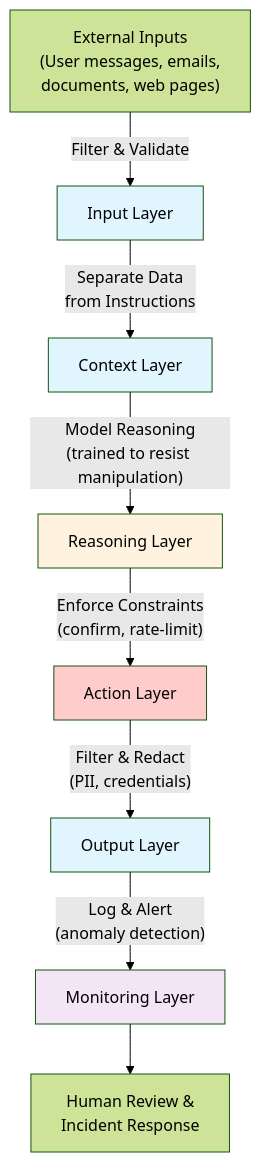
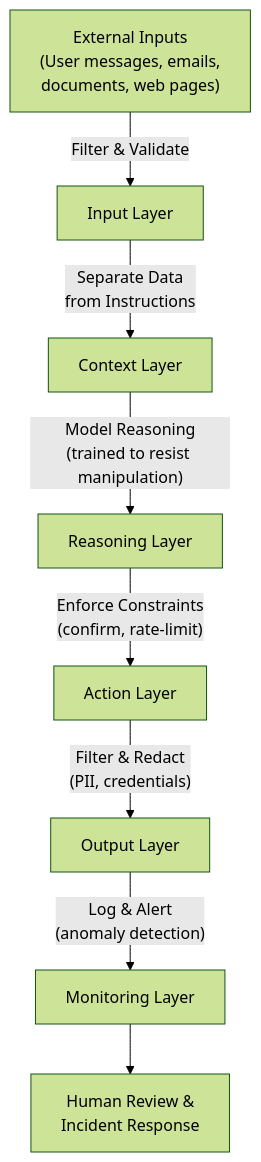
Diagram 17 of 21 in building-effective-agents.md (machinedge/building-effective-agents), drawn with Mermaid (forest theme) before and after one commit. The commit also changed other lines of this file, not shown here.

Commit message:
removed fill colors in mermaid diagrams

````diff
--- a/building-effective-agents.md
+++ b/building-effective-agents.md
@@ -1332,17 +1286,10 @@
 ```mermaid
 graph TD
     A["External Inputs<br/>(User messages, emails,<br/>documents, web pages)"] -->|"Filter & Validate"| B["Input Layer"]
     B -->|"Separate Data<br/>from Instructions"| C["Context Layer"]
     C -->|"Model Reasoning<br/>(trained to resist manipulation)"| D["Reasoning Layer"]
     D -->|"Enforce Constraints<br/>(confirm, rate-limit)"| E["Action Layer"]
     E -->|"Filter & Redact<br/>(PII, credentials)"| F["Output Layer"]
     F -->|"Log & Alert<br/>(anomaly detection)"| G["Monitoring Layer"]
     G --> H["Human Review &<br/>Incident Response"]
-
-    style B fill:#e1f5ff
-    style C fill:#e1f5ff
-    style D fill:#fff3e0
-    style E fill:#ffcccc
-    style F fill:#e1f5ff
-    style G fill:#f3e5f5
 ```
````
